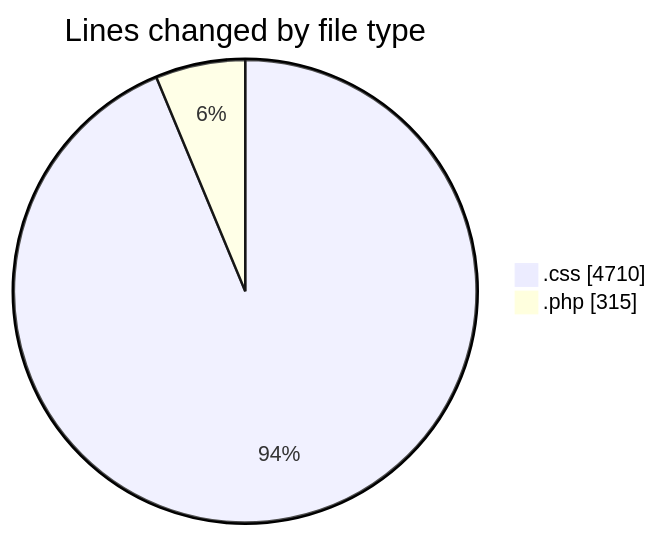
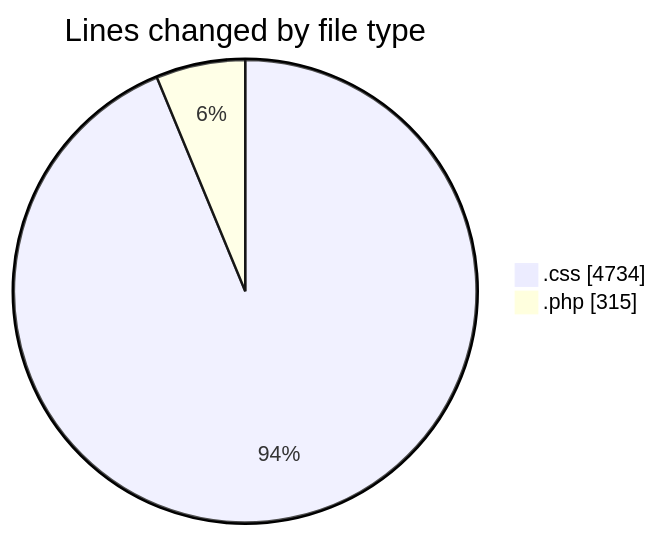
One commit to debugP/code-tracking changed the first of 2 diagrams in 2026-11-05/wp-content/README.md. Above: the diagram before and after it, drawn with Mermaid. The commit also changed other lines of this file and 1 other file, not shown here.

````diff
--- a/2026-11-05/wp-content/README.md
+++ b/2026-11-05/wp-content/README.md
@@ -22,6 +22,6 @@
 ```mermaid
 pie showData
 title Lines changed by file type
-".css" : 4710
+".css" : 4734
 ".php" : 315
 ```
````
